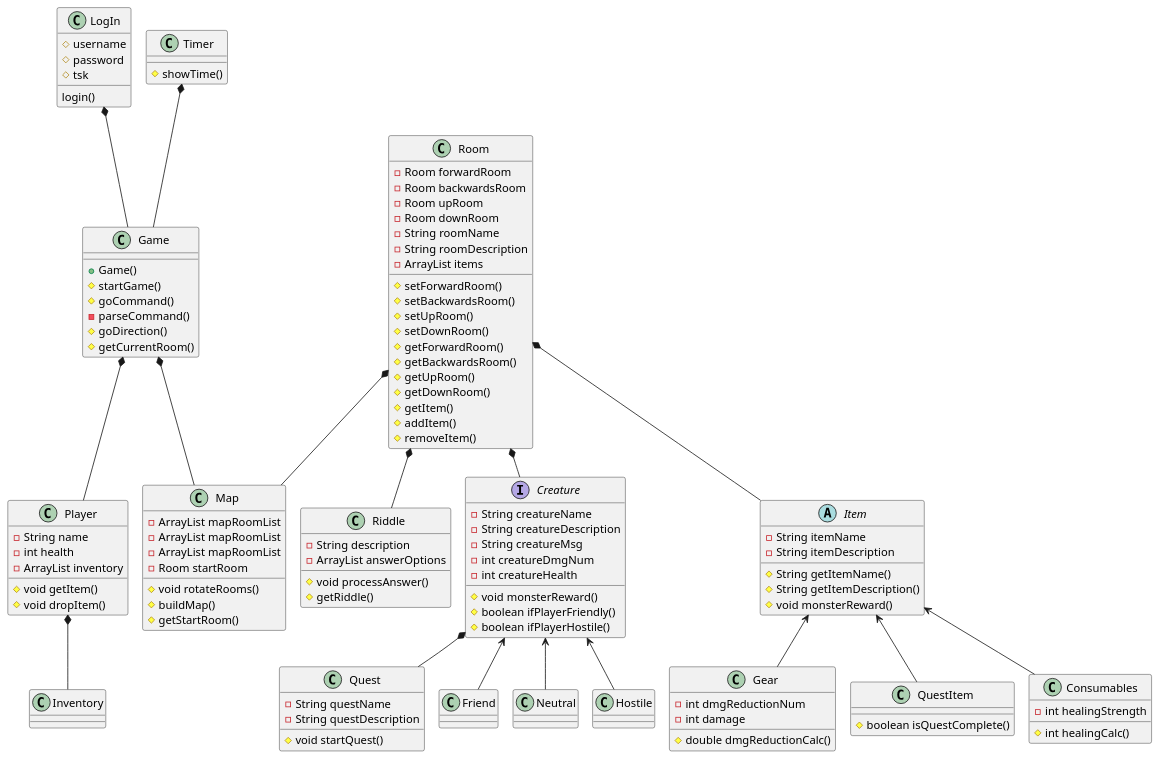
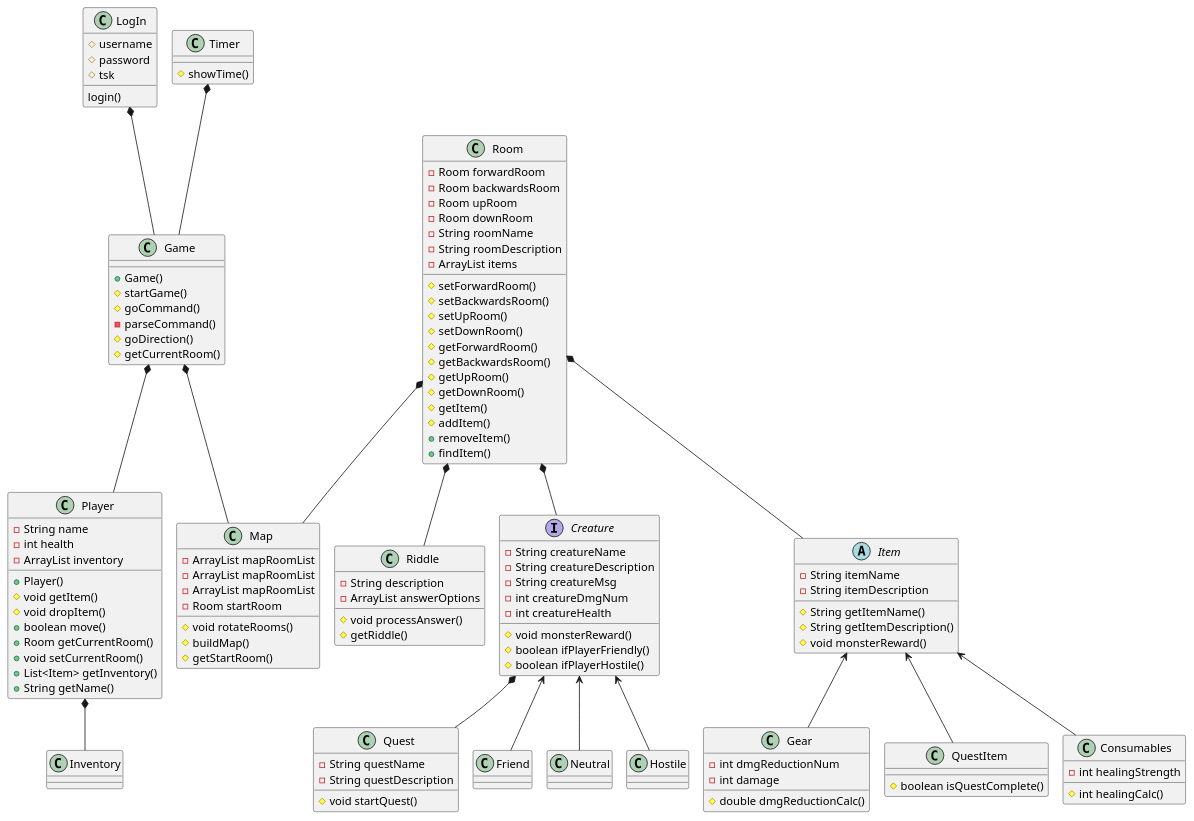
One commit to Linus-llm/SP4_LinusAndreasOlivia changed the diagram in StarCathedral/doc/DomainModel.puml. Above: the diagram before and after it, drawn with PlantUML. The commit also changed 4 other files, not shown here.

Commit message:
Lavet Direction enum, opdateret DomainModel, opdateret Player klassen og lidt i Room

```diff
--- a/StarCathedral/doc/DomainModel.puml
+++ b/StarCathedral/doc/DomainModel.puml
@@ -1,133 +1,142 @@
 @startuml
 !pragma layout smetana
 'https://plantuml.com/class-diagram
 
 class LogIn {
 #username
 #password
 #tsk
 login()
 }
 class Riddle{
 -String description
 -ArrayList answerOptions
 #void processAnswer()
 #getRiddle()
 }
 
 class Quest{
 -String questName
 -String questDescription
 #void startQuest()
 }
 
 class Timer{
 #showTime()
 }
 class Game{
 +Game()
 #startGame()
 #goCommand()
 -parseCommand()
 #goDirection()
 #getCurrentRoom()
 }
 class Player{
 -String name
 -int health
 -ArrayList inventory
++Player()
 #void getItem()
 #void dropItem()
++boolean move()
++Room getCurrentRoom()
++void setCurrentRoom()
++List<Item> getInventory()
++String getName()
+
 }
 
 
 class Inventory
 class Map {
 -ArrayList mapRoomList
 -ArrayList mapRoomList
 -ArrayList mapRoomList
 -Room startRoom
 #void rotateRooms()
 #buildMap()
 #getStartRoom()
 
 }
 class Room {
 -Room forwardRoom
 -Room backwardsRoom
 -Room upRoom
 -Room downRoom
 -String roomName
 -String roomDescription
 -ArrayList items
 #setForwardRoom()
 #setBackwardsRoom()
 #setUpRoom()
 #setDownRoom()
 #getForwardRoom()
 #getBackwardsRoom()
 #getUpRoom()
 #getDownRoom()
 #getItem()
 #addItem()
-#removeItem()
++removeItem()
++findItem()
+
 
 }
 interface Creature {
 -String creatureName
 -String creatureDescription
 -String creatureMsg
 -int creatureDmgNum
 -int creatureHealth
 #void monsterReward()
 #boolean ifPlayerFriendly()
 #boolean ifPlayerHostile()
 
 }
 class Friend {
 }
 class Neutral
 class Hostile
 abstract class Item{
 -String itemName
 -String itemDescription
 # String getItemName()
 #String getItemDescription()
 #void monsterReward()
 }
 class Gear {
 - int dmgReductionNum
 - int damage
 # double dmgReductionCalc()
 }
 class QuestItem {
 #boolean isQuestComplete()
 }
 class Consumables{
 -int healingStrength
 # int healingCalc()
 
 }
 
 
 Timer*--Game
 LogIn*--Game
 Game*--Player
 Player*--Inventory
 Game*--Map
 Room*--Map
 Room*--Item
 Room*--Creature
 Room*-- Riddle
 Creature<--Friend
 Creature<--Neutral
 Creature<--Hostile
 Creature *-- Quest
 Item<--Gear
 Item<--Consumables
 Item<--QuestItem
 
 
 
 
 @enduml
```
